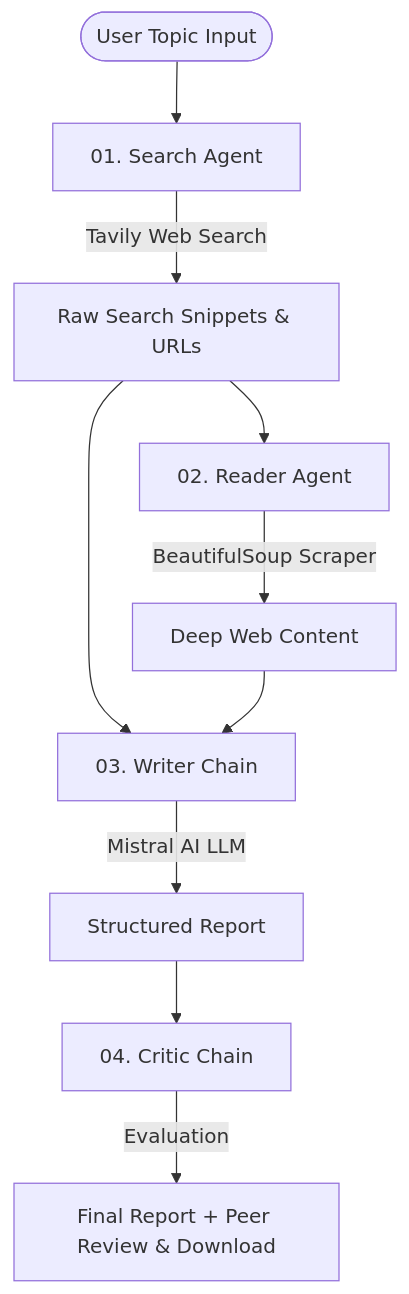
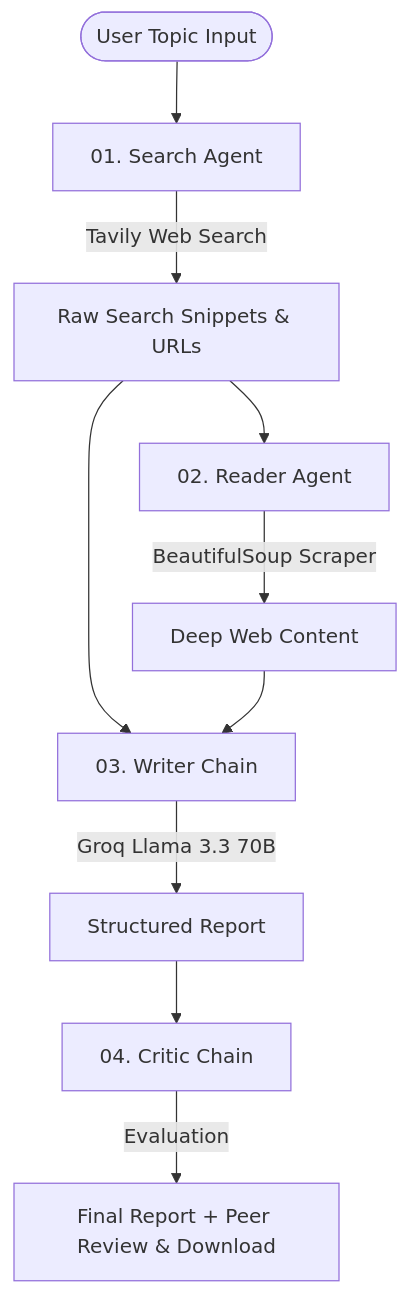
Before and after one commit to partu25/ResearchMind: the diagram in README.md, drawn with Mermaid. The commit also changed other lines of this file and 3 other files, not shown here.

Commit message:
Switch LLM provider to Groq (Llama 3.3 70B)

````diff
--- a/README.md
+++ b/README.md
@@ -34,11 +34,11 @@
 ```mermaid
 graph TD
     User([User Topic Input]) --> SearchAgent[01. Search Agent]
     SearchAgent -- Tavily Web Search --> SearchResults[Raw Search Snippets & URLs]
     SearchResults --> ReaderAgent[02. Reader Agent]
     ReaderAgent -- BeautifulSoup Scraper --> ScrapedContent[Deep Web Content]
     SearchResults & ScrapedContent --> WriterChain[03. Writer Chain]
-    WriterChain -- Mistral AI LLM --> ResearchReport[Structured Report]
+    WriterChain -- Groq Llama 3.3 70B --> ResearchReport[Structured Report]
     ResearchReport --> CriticChain[04. Critic Chain]
     CriticChain -- Evaluation --> FinalOutput[Final Report + Peer Review & Download]
 ```
````
